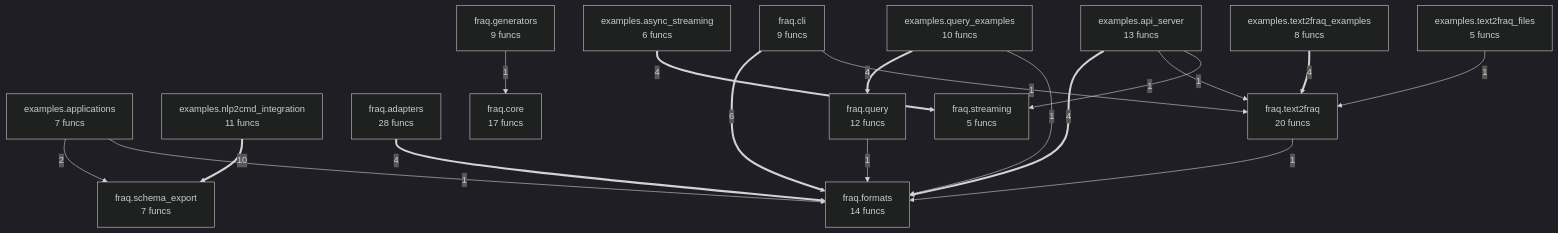
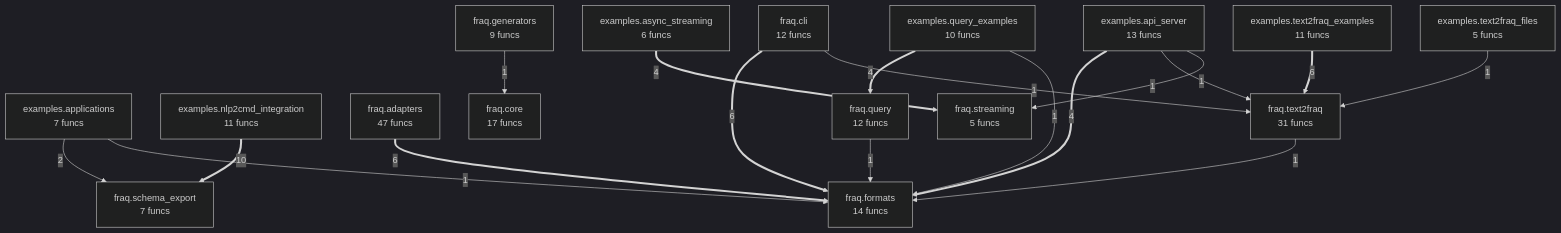
One commit to wronai/fraq changed the diagram in project/compact_flow.mmd. Above: the diagram before and after it, drawn with Mermaid (dark theme). The commit also changed 26 other files, not shown here.

```diff
--- a/project/compact_flow.mmd
+++ b/project/compact_flow.mmd
@@ -1,34 +1,34 @@
 flowchart TD
     examples_api_server["examples.api_server<br/>13 funcs"]
     examples_applications["examples.applications<br/>7 funcs"]
     examples_async_streaming["examples.async_streaming<br/>6 funcs"]
     examples_nlp2cmd_integration["examples.nlp2cmd_integration<br/>11 funcs"]
     examples_query_examples["examples.query_examples<br/>10 funcs"]
-    examples_text2fraq_examples["examples.text2fraq_examples<br/>8 funcs"]
+    examples_text2fraq_examples["examples.text2fraq_examples<br/>11 funcs"]
     examples_text2fraq_files["examples.text2fraq_files<br/>5 funcs"]
-    fraq_adapters["fraq.adapters<br/>28 funcs"]
-    fraq_cli["fraq.cli<br/>9 funcs"]
+    fraq_adapters["fraq.adapters<br/>47 funcs"]
+    fraq_cli["fraq.cli<br/>12 funcs"]
     fraq_core["fraq.core<br/>17 funcs"]
     fraq_formats["fraq.formats<br/>14 funcs"]
     fraq_generators["fraq.generators<br/>9 funcs"]
     fraq_query["fraq.query<br/>12 funcs"]
     fraq_schema_export["fraq.schema_export<br/>7 funcs"]
     fraq_streaming["fraq.streaming<br/>5 funcs"]
-    fraq_text2fraq["fraq.text2fraq<br/>20 funcs"]
+    fraq_text2fraq["fraq.text2fraq<br/>31 funcs"]
     examples_nlp2cmd_integration ==>|10| fraq_schema_export
     fraq_cli ==>|6| fraq_formats
-    fraq_adapters ==>|4| fraq_formats
+    fraq_adapters ==>|6| fraq_formats
+    examples_text2fraq_examples ==>|6| fraq_text2fraq
     examples_async_streaming ==>|4| fraq_streaming
     examples_query_examples ==>|4| fraq_query
-    examples_text2fraq_examples ==>|4| fraq_text2fraq
     examples_api_server ==>|4| fraq_formats
     examples_applications -->|2| fraq_schema_export
     fraq_cli -->|1| fraq_text2fraq
     fraq_generators -->|1| fraq_core
     examples_applications -->|1| fraq_formats
     examples_query_examples -->|1| fraq_formats
     examples_api_server -->|1| fraq_text2fraq
     examples_api_server -->|1| fraq_streaming
     examples_text2fraq_files -->|1| fraq_text2fraq
     fraq_query -->|1| fraq_formats
     fraq_text2fraq -->|1| fraq_formats
```
